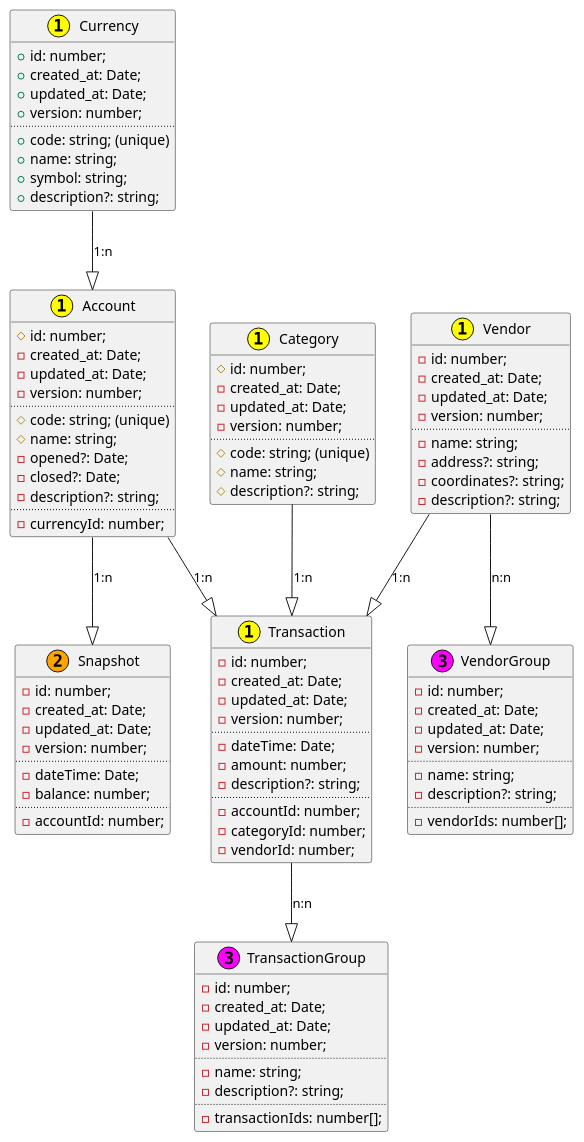
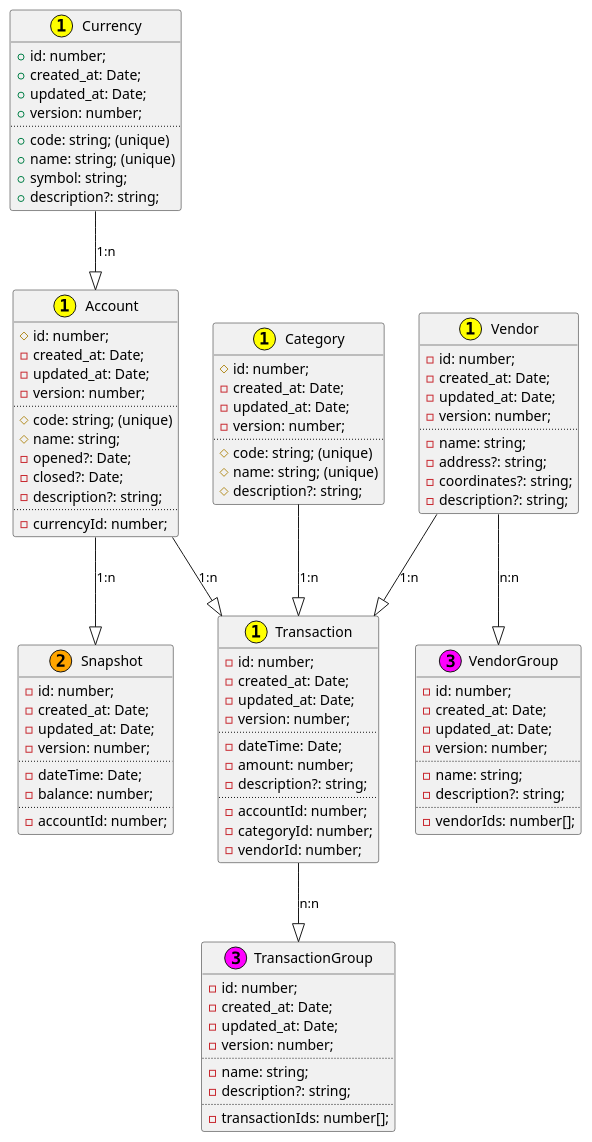
Before and after one commit to rahul-rakshit/shadow-badger: the diagram in README.md, drawn with PlantUML. The commit also changed 18 other files, not shown here.

```diff
--- a/README.md
+++ b/README.md
@@ -14,7 +14,7 @@
   {field} +version: number;
   ..
   {field} +code: string; (unique)
-  {field} +name: string;
+  {field} +name: string; (unique)
   {field} +symbol: string;
   {field} +description?: string;
 }
@@ -26,7 +26,7 @@
   {field} -version: number;
   ..
   {field} #code: string; (unique)
-  {field} #name: string;
+  {field} #name: string; (unique)
   {field} #description?: string;
 }
 
```
